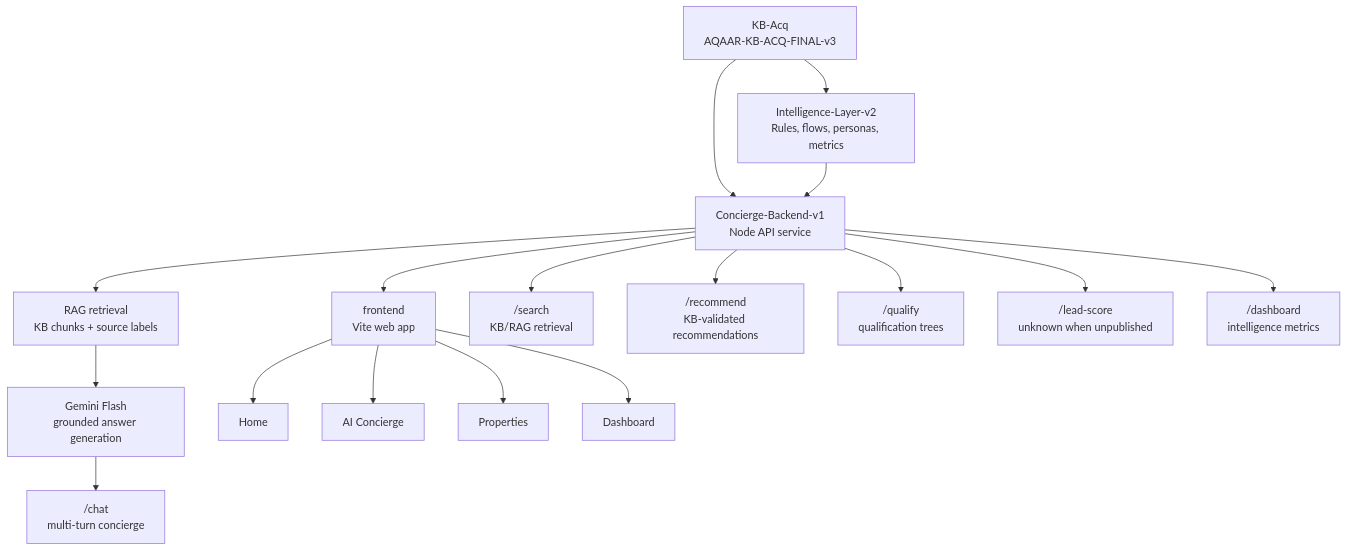
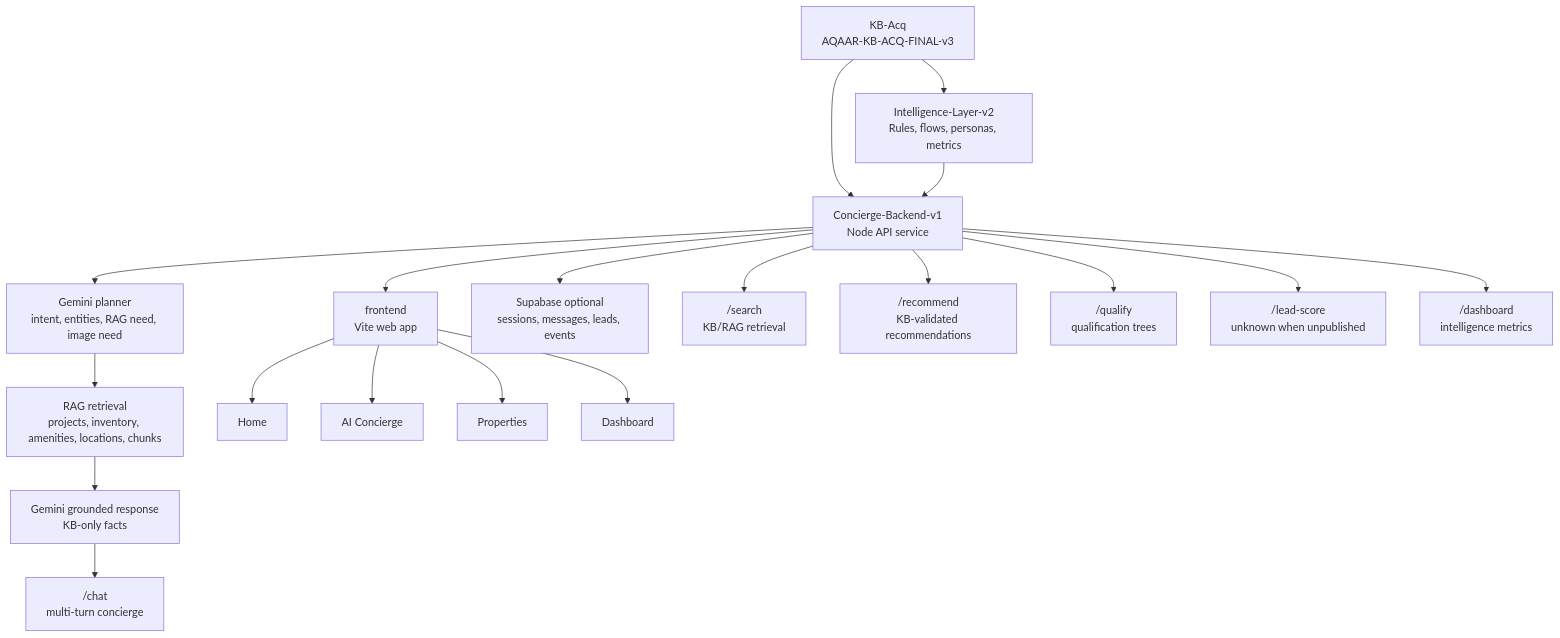
One commit to shirlz15/aqaar-ai-concierge changed the first of 2 diagrams in README.md. Above: the diagram before and after it, drawn with Mermaid. The commit also changed other lines of this file and 6 other files, not shown here.

````diff
--- a/README.md
+++ b/README.md
@@ -64,19 +66,21 @@
 ```mermaid
 flowchart TD
     KB["KB-Acq<br/>AQAAR-KB-ACQ-FINAL-v3"] --> INT["Intelligence-Layer-v2<br/>Rules, flows, personas, metrics"]
     KB --> API["Concierge-Backend-v1<br/>Node API service"]
     INT --> API
     API --> UI["frontend<br/>Vite web app"]
-    API --> RAG["RAG retrieval<br/>KB chunks + source labels"]
-    RAG --> LLM["Gemini Flash<br/>grounded answer generation"]
+    API --> PLAN["Gemini planner<br/>intent, entities, RAG need, image need"]
+    PLAN --> RAG["RAG retrieval<br/>projects, inventory, amenities, locations, chunks"]
+    RAG --> LLM["Gemini grounded response<br/>KB-only facts"]
+    API --> DB["Supabase optional<br/>sessions, messages, leads, events"]
     LLM --> CHAT["/chat<br/>multi-turn concierge"]
     API --> SEARCH["/search<br/>KB/RAG retrieval"]
     API --> REC["/recommend<br/>KB-validated recommendations"]
     API --> QUAL["/qualify<br/>qualification trees"]
     API --> SCORE["/lead-score<br/>unknown when unpublished"]
     API --> DASH["/dashboard<br/>intelligence metrics"]
     UI --> HOME["Home"]
     UI --> CONCIERGE["AI Concierge"]
     UI --> PROPS["Properties"]
     UI --> ADMIN["Dashboard"]
 ```
````
